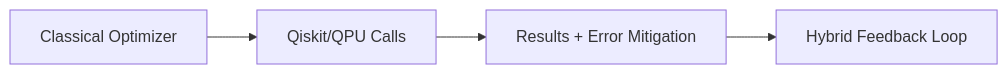
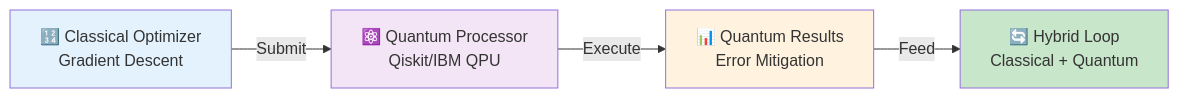
One commit to samueljackson-collab/Samueljackson-collab changed diagram 16 of 28 in README.md. Above: the diagram before and after it, drawn with Mermaid. The commit also changed other lines of this file, not shown here.

Commit message:
Enhanced all diagrams with detailed labels, icons, and styling

````diff
--- a/README.md
+++ b/README.md
@@ -395,6 +495,11 @@
 ```mermaid
 flowchart LR
-  Optimizer[Classical Optimizer] --> QPU[Qiskit/QPU Calls]
-  QPU --> Results[Results + Error Mitigation]
-  Results --> Loop[Hybrid Feedback Loop]
+  Optimizer[🔢 Classical Optimizer<br/>Gradient Descent] -->|Submit| QPU[⚛️ Quantum Processor<br/>Qiskit/IBM QPU]
+  QPU -->|Execute| Results[📊 Quantum Results<br/>Error Mitigation]
+  Results -->|Feed| Loop[🔄 Hybrid Loop<br/>Classical + Quantum]
+  
+  style Optimizer fill:#e3f2fd
+  style QPU fill:#f3e5f5
+  style Results fill:#fff3e0
+  style Loop fill:#c8e6c9
 ```
````
